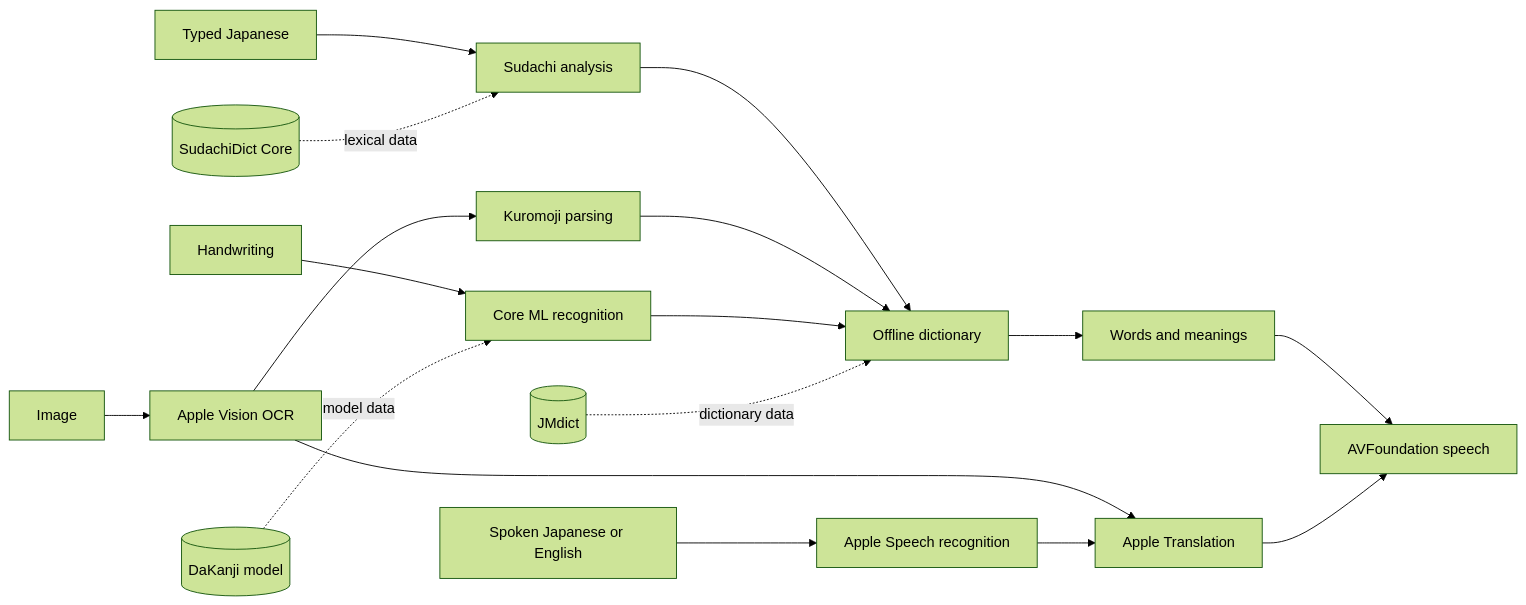
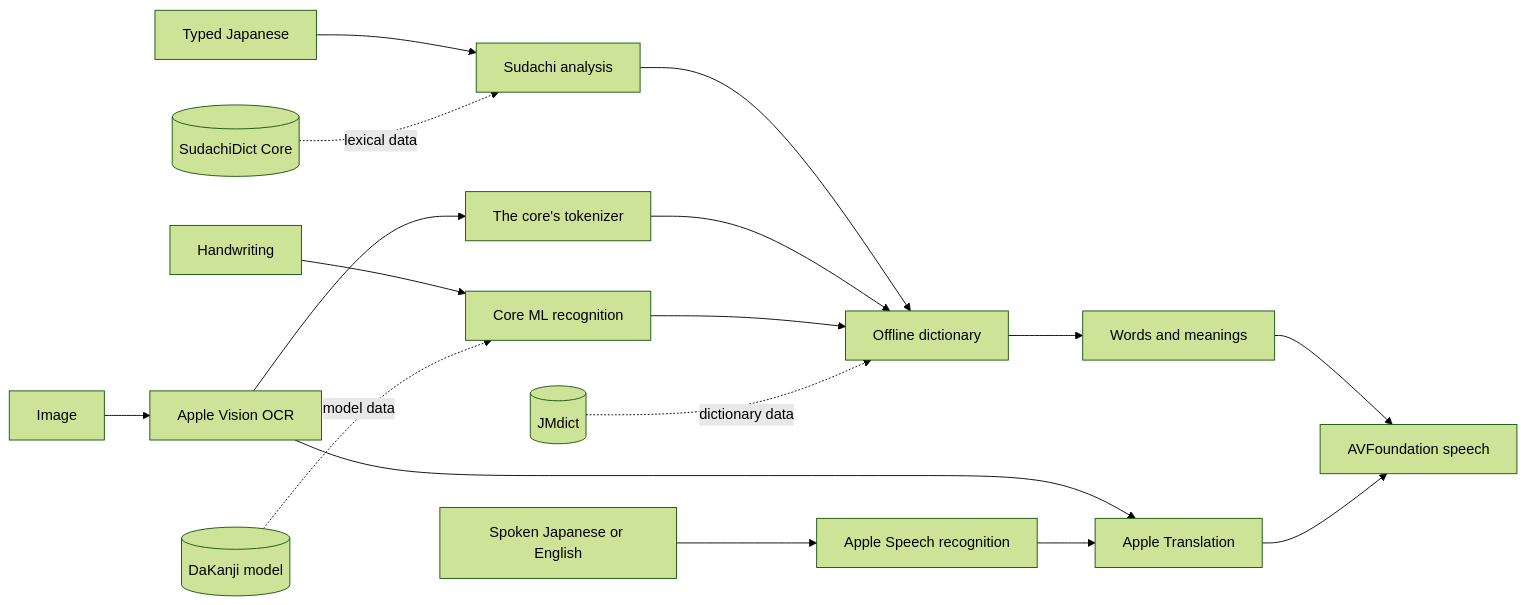
One commit to serpcompany/zenbujapanese-monorepo changed the diagram in docs/technologies.md. Above: the diagram before and after it, drawn with Mermaid (forest theme). The commit also changed 8 other files, not shown here.

First line of the commit message:
Name the tokenizer as the core's wherever Kuromoji was still said to run

````diff
--- a/docs/technologies.md
+++ b/docs/technologies.md
@@ -17,22 +17,22 @@
 ```mermaid
 flowchart LR
     Text["Typed Japanese"] --> Sudachi["Sudachi analysis"]
     Image["Image"] --> Vision["Apple Vision OCR"]
-    Vision --> Kuromoji["Kuromoji parsing"]
+    Vision --> Tokenizer["The core's tokenizer"]
     Drawing["Handwriting"] --> CoreML["Core ML recognition"]
 
     Sudachi --> Dictionary["Offline dictionary"]
-    Kuromoji --> Dictionary
+    Tokenizer --> Dictionary
     CoreML --> Dictionary
 
     SudachiDict[("SudachiDict Core")] -. lexical data .-> Sudachi
     JMdict[("JMdict")] -. dictionary data .-> Dictionary
     DaKanji[("DaKanji model")] -. model data .-> CoreML
 
     Dictionary --> Results["Words and meanings"]
     Vision --> Translation["Apple Translation"]
     Results --> Speech["AVFoundation speech"]
     Voice["Spoken Japanese or English"] --> Recognition["Apple Speech recognition"]
     Recognition --> Translation
     Translation --> Speech
 ```
````
